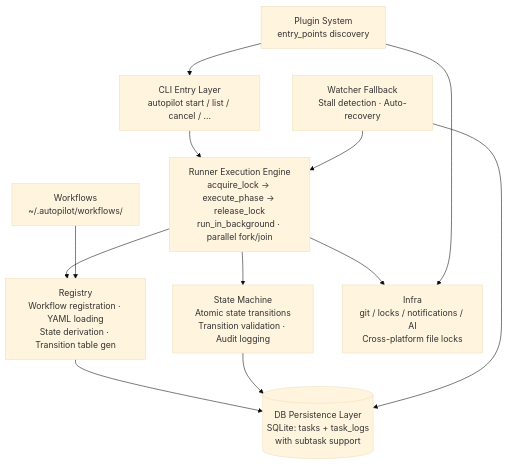
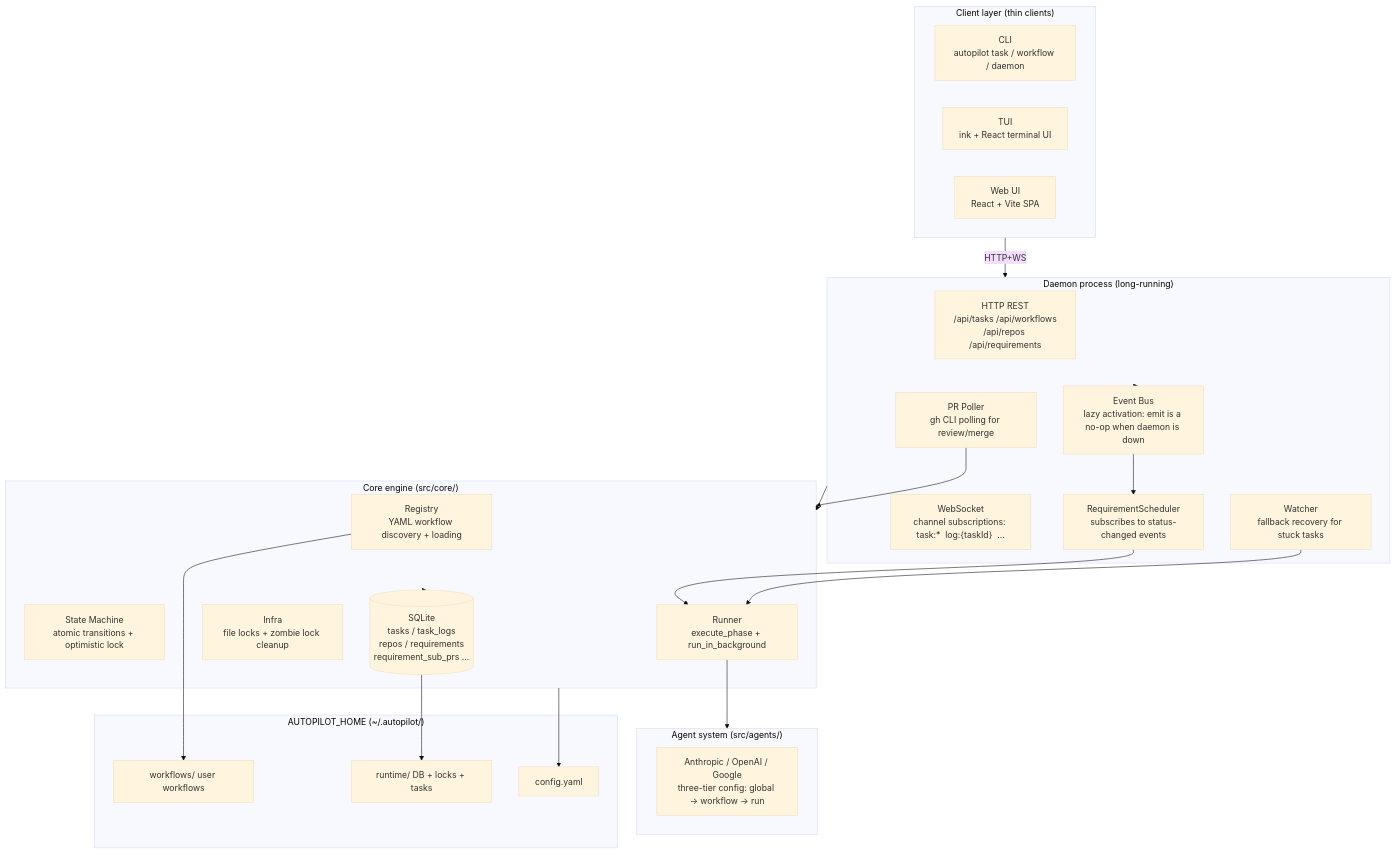
One commit to larrygogo/autopilot changed the first of 2 diagrams in docs/en/architecture.md. Above: the diagram before and after it, drawn with Mermaid (base theme). The commit also changed other lines of this file and 5 other files, not shown here.

First line of the commit message:
docs: 清理 architecture/faq/state-machine/screenshots 的 Python 残留

````diff
--- a/docs/en/architecture.md
+++ b/docs/en/architecture.md
@@ -7,24 +13,48 @@
 ```mermaid
 graph TB
-    CLI["CLI Entry Layer<br/>autopilot start / list / cancel / ..."]
-    Runner["Runner Execution Engine<br/>acquire_lock → execute_phase → release_lock<br/>run_in_background · parallel fork/join"]
-    Registry["Registry<br/>Workflow registration · YAML loading<br/>State derivation · Transition table gen"]
-    SM["State Machine<br/>Atomic state transitions<br/>Transition validation · Audit logging"]
-    Infra["Infra<br/>git / locks / notifications / AI<br/>Cross-platform file locks"]
-    DB[("DB Persistence Layer<br/>SQLite: tasks + task_logs<br/>with subtask support")]
-    Plugin["Plugin System<br/>entry_points discovery"]
-    Watcher["Watcher Fallback<br/>Stall detection · Auto-recovery"]
-    Workflows["Workflows<br/>~/.autopilot/workflows/"]
+    subgraph Clients["Client layer (thin clients)"]
+      CLI["CLI<br/>autopilot task / workflow / daemon"]
+      TUI["TUI<br/>ink + React terminal UI"]
+      WEB["Web UI<br/>React + Vite SPA"]
+    end
 
-    CLI --> Runner
-    Plugin --> CLI
-    Runner --> Registry
-    Runner --> SM
-    Runner --> Infra
-    Registry --> DB
-    SM --> DB
-    Plugin --> Infra
-    Watcher --> Runner
-    Watcher --> DB
-    Workflows --> Registry
+    subgraph Daemon["Daemon process (long-running)"]
+      HTTP["HTTP REST<br/>/api/tasks /api/workflows<br/>/api/repos /api/requirements"]
+      WS["WebSocket<br/>channel subscriptions: task:*  log:{taskId}  ..."]
+      EB["Event Bus<br/>lazy activation: emit is a no-op when daemon is down"]
+      RS["RequirementScheduler<br/>subscribes to status-changed events"]
+      PRP["PR Poller<br/>gh CLI polling for review/merge"]
+      WCH["Watcher<br/>fallback recovery for stuck tasks"]
+    end
+
+    subgraph Core["Core engine (src/core/)"]
+      Registry["Registry<br/>YAML workflow discovery + loading"]
+      SM["State Machine<br/>atomic transitions + optimistic lock"]
+      Runner["Runner<br/>execute_phase + run_in_background"]
+      Infra["Infra<br/>file locks + zombie lock cleanup"]
+      DB[("SQLite<br/>tasks / task_logs<br/>repos / requirements<br/>requirement_sub_prs ...")]
+    end
+
+    subgraph Agents["Agent system (src/agents/)"]
+      AG["Anthropic / OpenAI / Google<br/>three-tier config: global → workflow → run"]
+    end
+
+    subgraph Home["AUTOPILOT_HOME (~/.autopilot/)"]
+      WF["workflows/ user workflows"]
+      RT["runtime/ DB + locks + tasks"]
+      CFG["config.yaml"]
+    end
+
+    Clients -->|HTTP+WS| Daemon
+    Daemon --> Core
+    Runner --> Agents
+    Core --> DB
+    Daemon --> EB
+    EB --> RS
+    RS --> Runner
+    PRP --> Core
+    WCH --> Runner
+    Registry --> WF
+    DB --> RT
+    Core --> CFG
 ```
````
